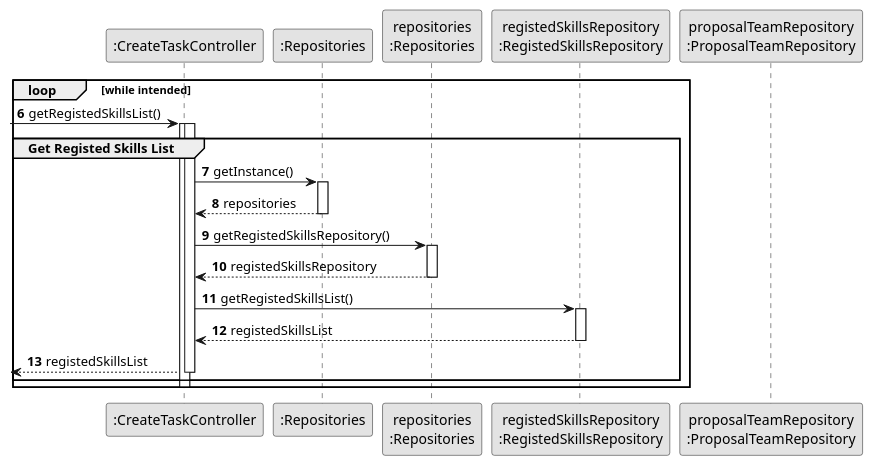
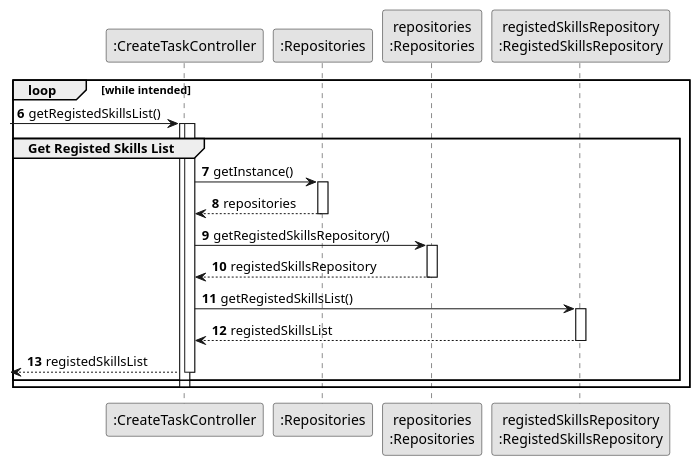
The diagram in docs/sprint2/us005/03.design/puml/us005-sequence-diagram-partial-registed-skills-list.puml (1231360-ISEP/lei-24-s2-1db-g021), drawn with PlantUML before and after one commit. The commit also changed 5 other files, not shown here.

Commit message:
Update US05 - Sequence Diagrams and SVG´s

```diff
--- a/docs/sprint2/us005/03.design/puml/us005-sequence-diagram-partial-registed-skills-list.puml
+++ b/docs/sprint2/us005/03.design/puml/us005-sequence-diagram-partial-registed-skills-list.puml
@@ -1,52 +1,51 @@
 @startuml
 skinparam monochrome true
 skinparam packageStyle rectangle
 skinparam shadowing false
 
 autonumber
 
 participant ":CreateTaskController" as CTRL
 participant ":Repositories" as RepositorySingleton
 participant "repositories\n:Repositories" as PLAT
 participant "registedSkillsRepository\n:RegistedSkillsRepository" as RegistedSkillsRepository
-participant "proposalTeamRepository\n:ProposalTeamRepository" as ProposalTeamRepository
 
 autonumber 6
 
 loop while intended
 
 -> CTRL : getRegistedSkillsList()
 
     activate CTRL
 
     group Get Registed Skills List
 
     activate CTRL
 
         CTRL -> RepositorySingleton : getInstance()
     activate RepositorySingleton
 
     RepositorySingleton --> CTRL: repositories
     deactivate RepositorySingleton
 
         CTRL -> PLAT : getRegistedSkillsRepository()
     activate PLAT
 
     PLAT --> CTRL: registedSkillsRepository
     deactivate PLAT
 
         CTRL -> RegistedSkillsRepository : getRegistedSkillsList()
     activate RegistedSkillsRepository
 
     RegistedSkillsRepository --> CTRL : registedSkillsList
     deactivate RegistedSkillsRepository
 
     <-- CTRL : registedSkillsList
     deactivate CTRL
 
     end
 
 deactivate CTRL
 end
 
 @enduml
```
